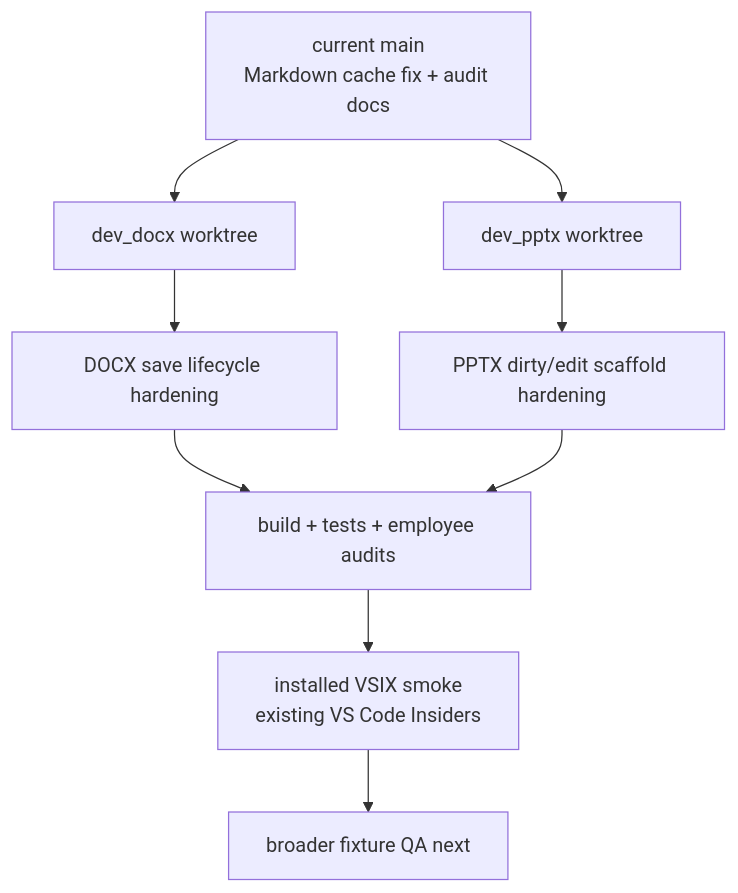
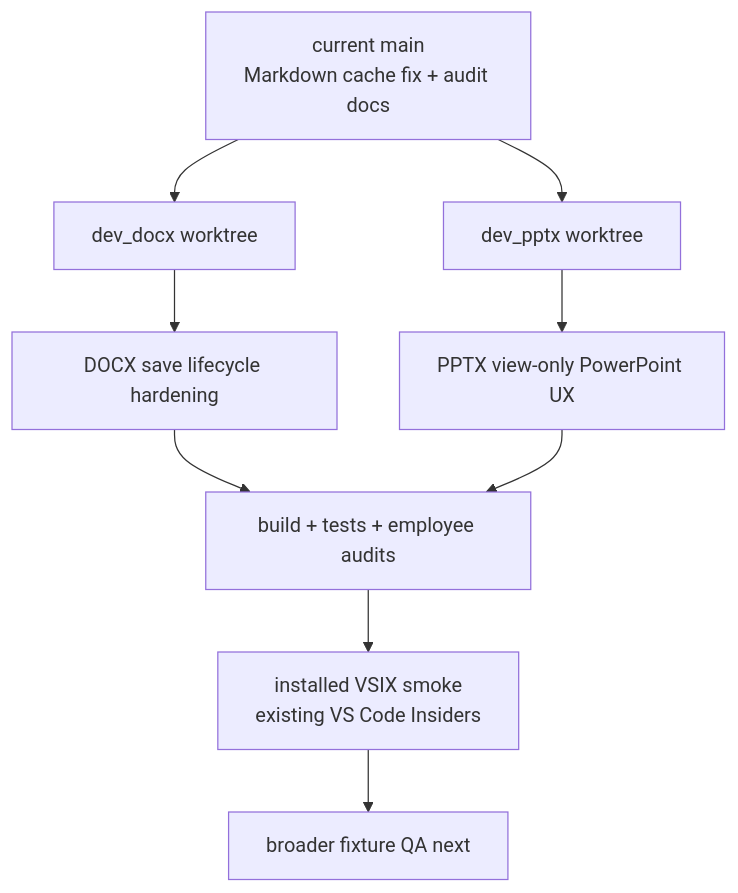
Before and after one commit to lidge-jun/code-office: the diagram in devlog/_plan/260607_docx_pptx_merge_readiness/00_overview.md, drawn with Mermaid. The commit also changed other lines of this file and 4 other files, not shown here.

Commit message:
docs(pptx): align view-only UX pre-qa plan

````diff
--- a/devlog/_plan/260607_docx_pptx_merge_readiness/00_overview.md
+++ b/devlog/_plan/260607_docx_pptx_merge_readiness/00_overview.md
@@ -57,20 +58,20 @@
 ```mermaid
 flowchart TD
     MAIN[current main<br/>Markdown cache fix + audit docs]
     DOCX[dev_docx worktree]
     PPTX[dev_pptx worktree]
     DOCXFIX[DOCX save lifecycle hardening]
-    PPTXFIX[PPTX dirty/edit scaffold hardening]
+    PPTXFIX[PPTX view-only PowerPoint UX]
     VERIFY[build + tests + employee audits]
     SMOKE[installed VSIX smoke<br/>existing VS Code Insiders]
     QA[broader fixture QA next]
 
     MAIN --> DOCX
     MAIN --> PPTX
     DOCX --> DOCXFIX
     PPTX --> PPTXFIX
     DOCXFIX --> VERIFY
     PPTXFIX --> VERIFY
     VERIFY --> SMOKE
     SMOKE --> QA
 ```
````
